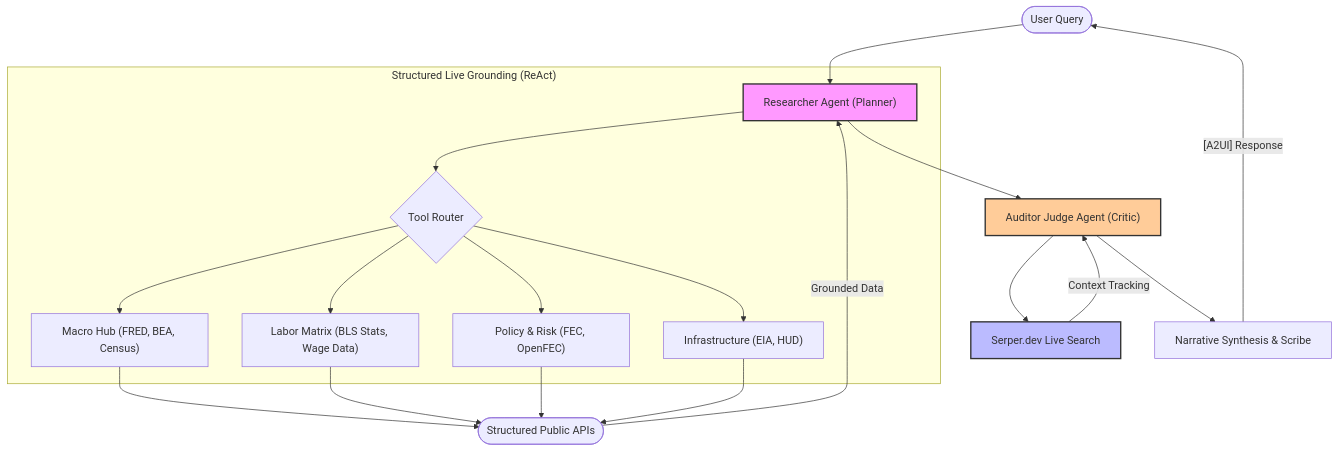
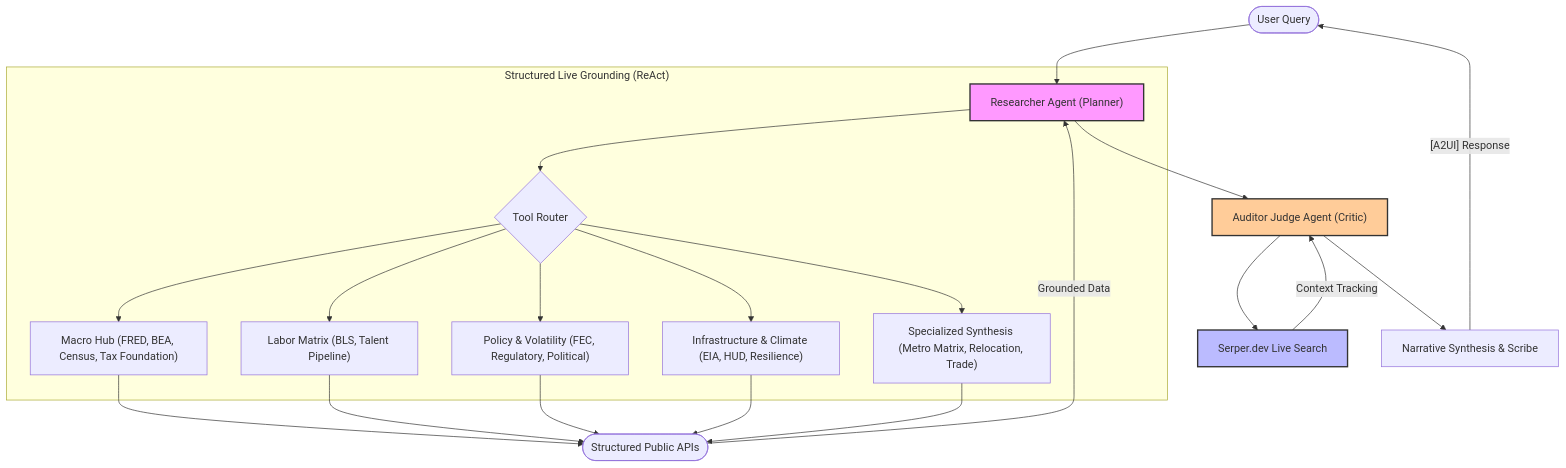
Before and after one commit to snehams-del/DQA-PPT-Generation: the diagram in python/agents/economic-research-agent/README.md, drawn with Mermaid. The commit also changed other lines of this file and 1 other file, not shown here.

Commit message:
Update README with new architecture diagram and image

````diff
--- a/python/agents/economic-research-agent/README.md
+++ b/python/agents/economic-research-agent/README.md
@@ -17,30 +17,32 @@
 ```mermaid
 graph TD
     User([User Query]) --> Planner["Researcher Agent (Planner)"]
     
     subgraph "Structured Live Grounding (ReAct)"
         Planner --> ToolRouter{"Tool Router"}
-        ToolRouter --> Macro["Macro Hub (FRED, BEA, Census)"]
-        ToolRouter --> Labor["Labor Matrix (BLS Stats, Wage Data)"]
-        ToolRouter --> Policy["Policy & Risk (FEC, OpenFEC)"]
-        ToolRouter --> Infra["Infrastructure (EIA, HUD)"]
+        ToolRouter --> Macro["Macro Hub (FRED, BEA, Census, Tax Foundation)"]
+        ToolRouter --> Labor["Labor Matrix (BLS, Talent Pipeline)"]
+        ToolRouter --> Policy["Policy & Volatility (FEC, Regulatory, Political)"]
+        ToolRouter --> Infra["Infrastructure & Climate (EIA, HUD, Resilience)"]
+        ToolRouter --> Specialized["Specialized Synthesis (Metro Matrix, Relocation, Trade)"]
     end
     
     Macro --> LiveAPIs([Structured Public APIs])
     Labor --> LiveAPIs
     Policy --> LiveAPIs
     Infra --> LiveAPIs
+    Specialized --> LiveAPIs
     
     LiveAPIs -->|"Grounded Data"| Planner
     
     Planner --> Judge["Auditor Judge Agent (Critic)"]
     Judge --> Search["Serper.dev Live Search"]
     Search -->|"Context Tracking"| Judge
     
     Judge --> Narrative["Narrative Synthesis & Scribe"]
     Narrative -->|"[A2UI] Response"| User
     
     style Planner fill:#f9f,stroke:#333,stroke-width:2px
     style Judge fill:#ffcc99,stroke:#333,stroke-width:2px
     style Search fill:#bbf,stroke:#333,stroke-width:2px
 ```
````
